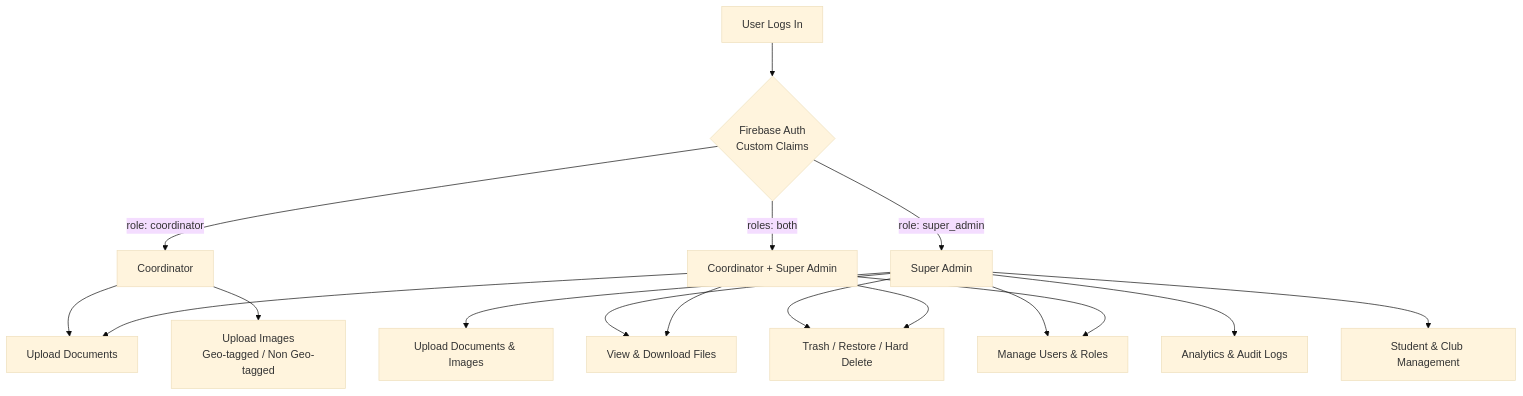
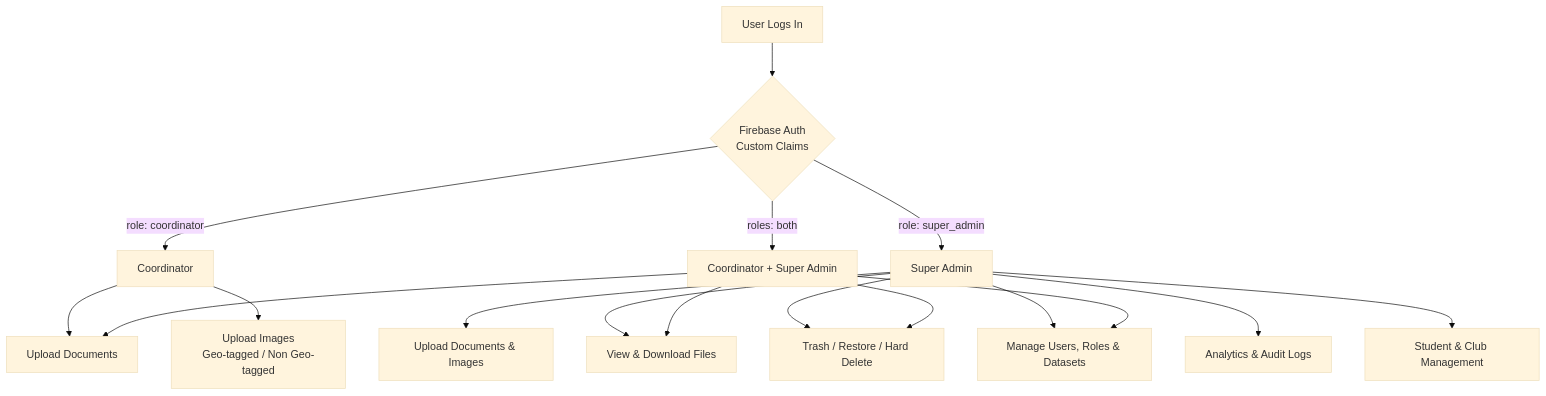
The third of 7 diagrams in README.md (MRINALPRAKASHFSD/Induction-Program), drawn with Mermaid (base theme) before and after one commit. The commit also changed other lines of this file, not shown here.

Commit message:
docs: update README with Fast Track and Upstash architecture

````diff
--- a/README.md
+++ b/README.md
@@ -73,22 +118,22 @@
 ```mermaid
 graph TD
     A[User Logs In] --> B{Firebase Auth\nCustom Claims}
     B -->|role: coordinator| C[Coordinator]
     B -->|role: super_admin| D[Super Admin]
     B -->|roles: both| E[Coordinator + Super Admin]
 
     C --> C1[Upload Documents]
     C --> C2[Upload Images\nGeo-tagged / Non Geo-tagged]
 
     D --> D1[Upload Documents & Images]
     D --> D2[View & Download Files]
     D --> D3[Trash / Restore / Hard Delete]
-    D --> D4[Manage Users & Roles]
+    D --> D4[Manage Users, Roles & Datasets]
     D --> D5[Analytics & Audit Logs]
     D --> D6[Student & Club Management]
 
     E --> C1
     E --> D2
     E --> D3
     E --> D4
 ```
````
